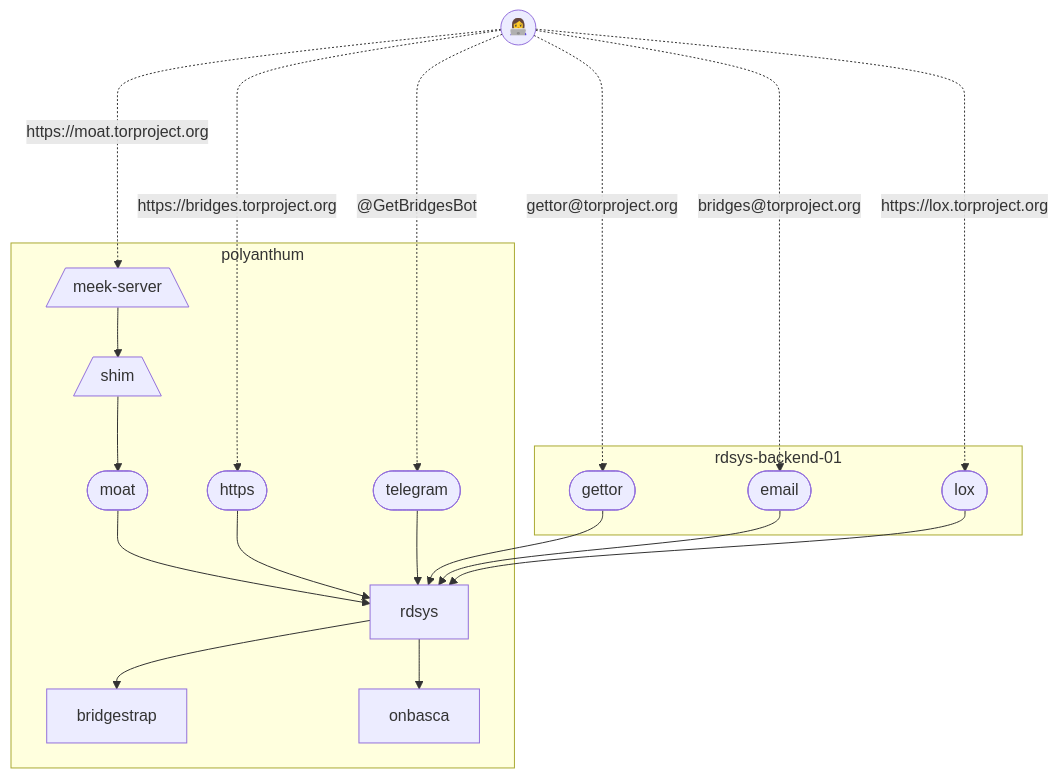
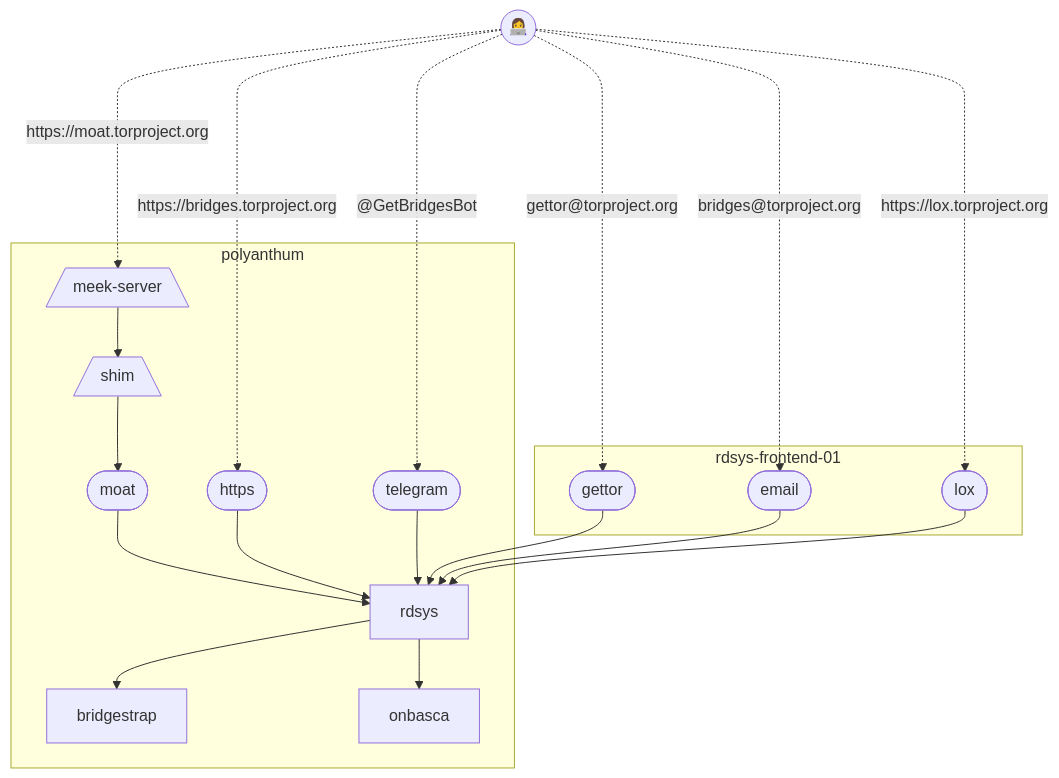
One commit to mikeperry-tor/acwiki changed the diagram in Survival-Guides/Rdsys-Survival-Guide.md. Above: the diagram before and after it, drawn with Mermaid.

Commit message:
Update Rdsys Survival Guide: is rdsys-frontend-01 no rdsys-backend-01

````diff
--- a/Survival-Guides/Rdsys-Survival-Guide.md
+++ b/Survival-Guides/Rdsys-Survival-Guide.md
@@ -26,23 +26,23 @@
 ```mermaid
 flowchart TB
     U((👩‍💻)) -."https://moat.torproject.org"...-> Y
     U -."https://bridges.torproject.org".-> H
     U -."@GetBridgesBot".-> T 
     U -."gettor@torproject.org".-> G 
     U -."bridges@torproject.org".-> E
     U -."https://lox.torproject.org".-> L
     subgraph polyanthum
     R[rdsys] --> B[bridgestrap]
     R --> O[onbasca]
     M([moat]) --> R
     H([https]) --> R
     T([telegram]) --> R
     S[/shim\] --> M
     Y[/meek-server\] --> S
     end
-    subgraph rdsys-backend-01
+    subgraph rdsys-frontend-01
     G([gettor]) --> R
     E([email]) --> R
     L([lox]) --> R
     end
 ```
````
